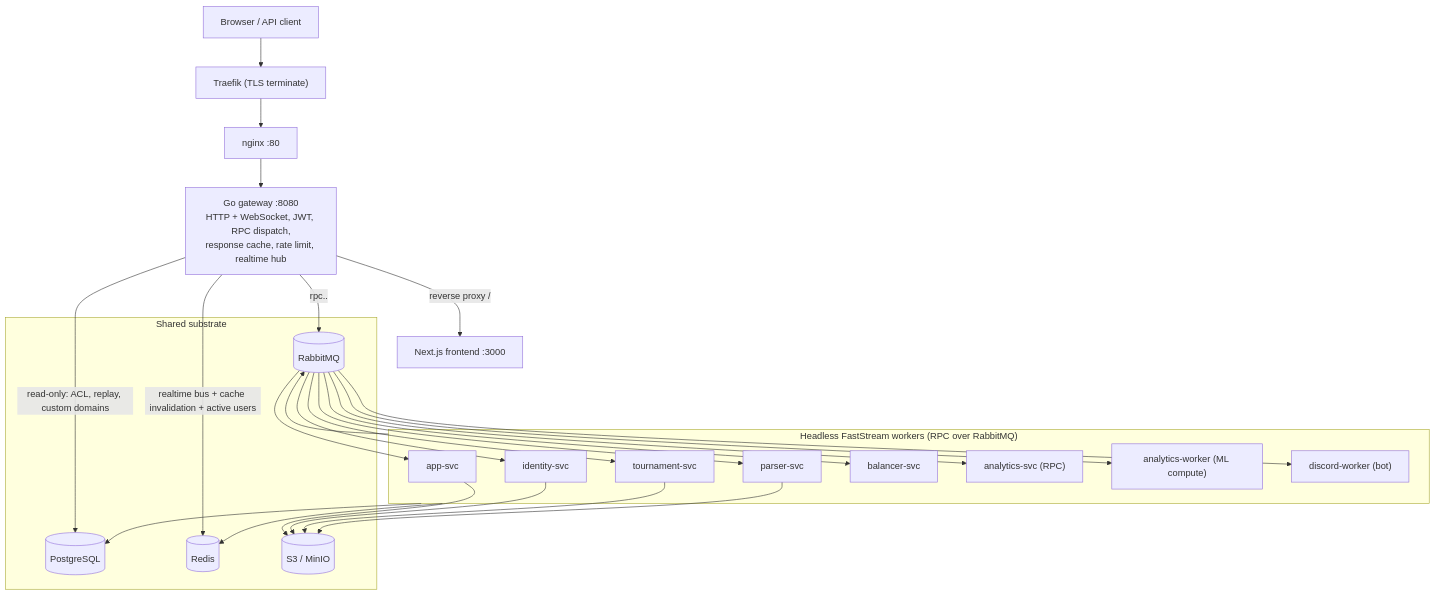
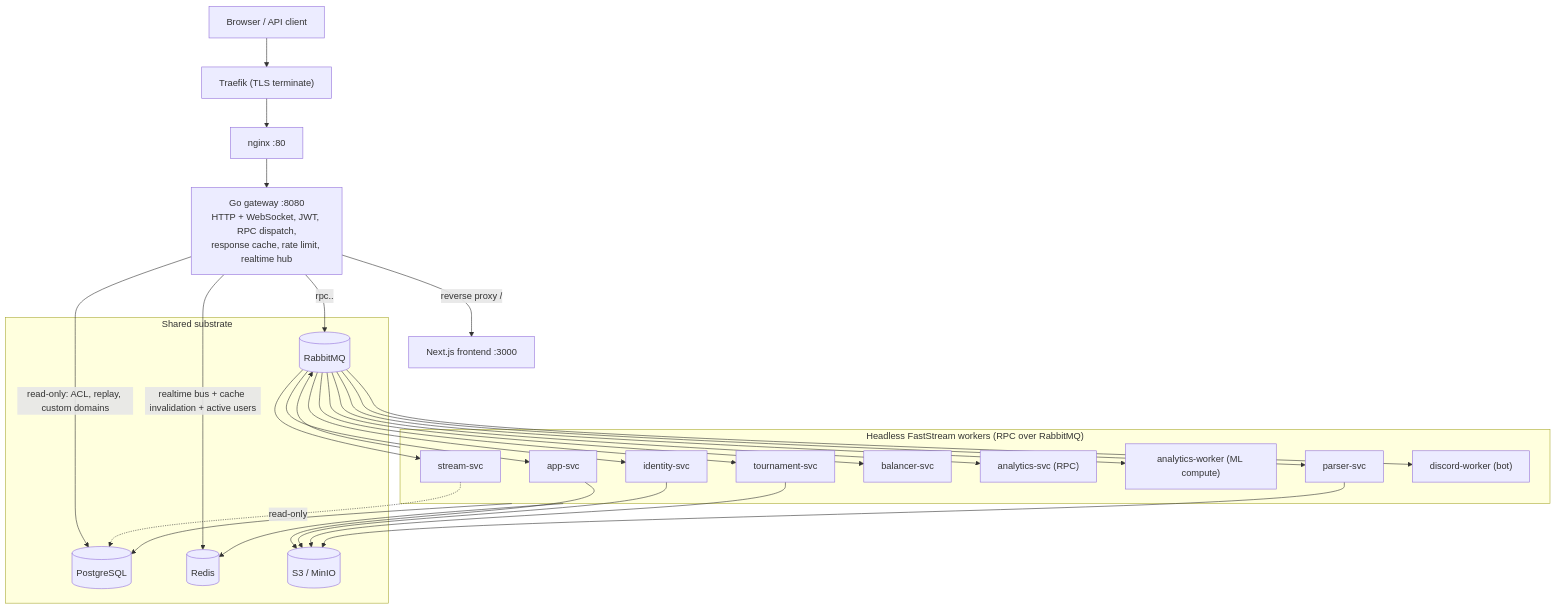
Before and after one commit to CraazzzyyFoxx/anak-tournaments: the diagram in docs/architecture.md, drawn with Mermaid. The commit also changed other lines of this file and 62 other files, not shown here.

````diff
--- a/docs/architecture.md
+++ b/docs/architecture.md
@@ -27,42 +27,44 @@
 ```mermaid
 flowchart TB
     Browser["Browser / API client"]
     Traefik["Traefik (TLS terminate)"]
     Nginx["nginx :80"]
     GW["Go gateway :8080\nHTTP + WebSocket, JWT, RPC dispatch,\nresponse cache, rate limit, realtime hub"]
     FE["Next.js frontend :3000"]
 
     subgraph Workers["Headless FastStream workers (RPC over RabbitMQ)"]
       APP["app-svc"]
       ID["identity-svc"]
       TOUR["tournament-svc"]
       PARSE["parser-svc"]
       BAL["balancer-svc"]
       ANARPC["analytics-svc (RPC)"]
       ANAW["analytics-worker (ML compute)"]
+      STREAM["stream-svc"]
       DISC["discord-worker (bot)"]
     end
 
     subgraph Infra["Shared substrate"]
       PG[("PostgreSQL")]
       RD[("Redis")]
       MQ[("RabbitMQ")]
       S3[("S3 / MinIO")]
     end
 
     Browser --> Traefik --> Nginx --> GW
     GW -- "reverse proxy /" --> FE
     GW -- "rpc.<svc>.<method>" --> MQ
-    MQ --> APP & ID & TOUR & PARSE & BAL & ANARPC
+    MQ --> APP & ID & TOUR & PARSE & BAL & ANARPC & STREAM
     GW -- "read-only: ACL, replay, custom domains" --> PG
     GW -- "realtime bus + cache invalidation + active users" --> RD
     Workers --> PG
     Workers --> RD
+    STREAM -. "read-only" .-> PG
     Workers --> MQ
     APP --> S3
     ID --> S3
     TOUR --> S3
     PARSE --> S3
     MQ --> ANAW
     MQ --> DISC
 ```
````
